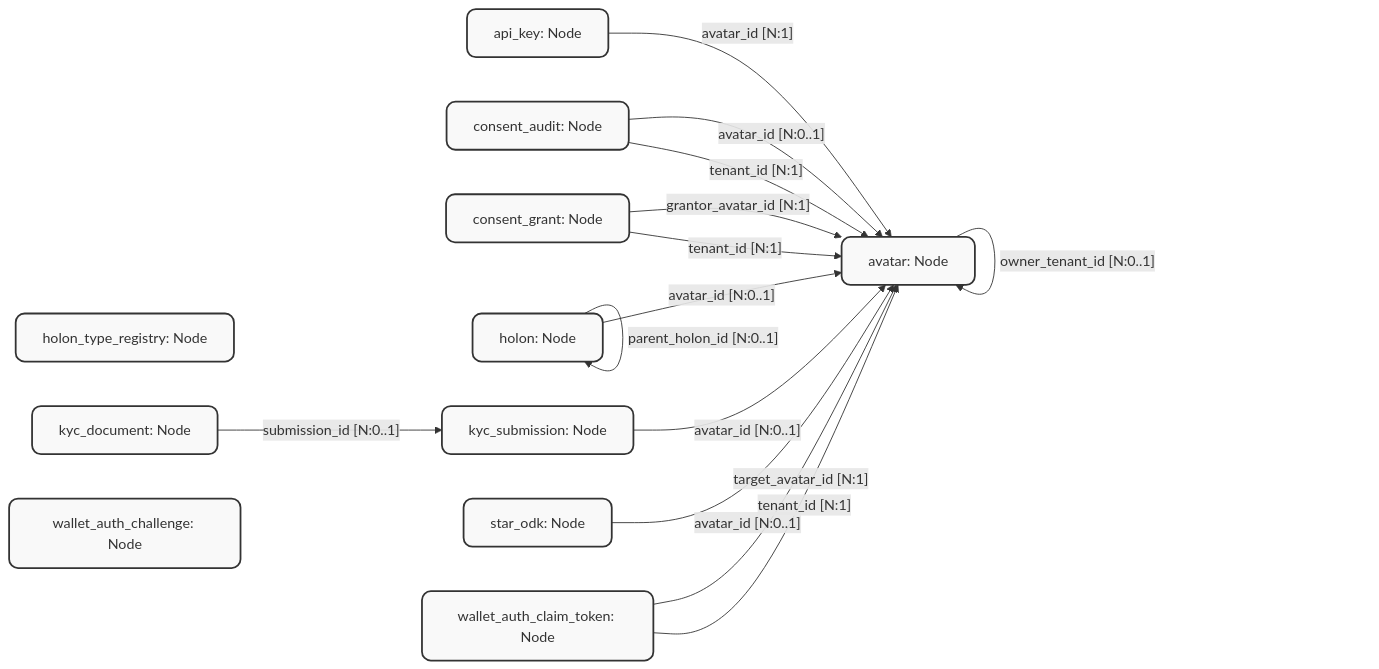
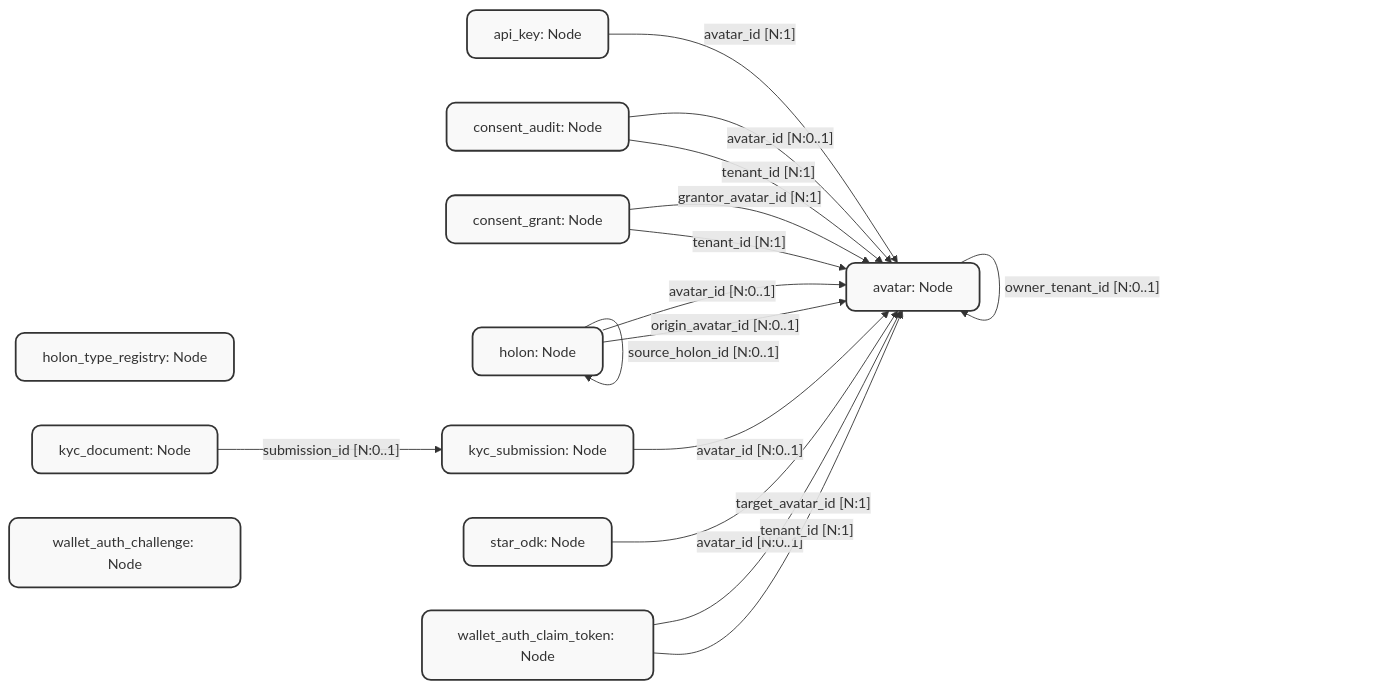
Before and after one commit to JadeZaher/azoa-autonomous-zones-of-action: the diagram in Persistence/SurrealDb/Generated/Flowcharts/identity.flowchart.mermaid, drawn with Mermaid. The commit also changed 113 other files, not shown here.

```diff
--- a/Persistence/SurrealDb/Generated/Flowcharts/identity.flowchart.mermaid
+++ b/Persistence/SurrealDb/Generated/Flowcharts/identity.flowchart.mermaid
@@ -1,34 +1,36 @@
 graph LR
     %% Slice: identity
     %% GENERATED FILE -- do not edit. Source: SurrealDB schema attribute scan.
     %% Regenerate with: dotnet run --project packages/SurrealForge.Schema -- flowcharts
 
     %% Nodes in this slice
     api_key["api_key: Node"]:::nodeClass
     avatar["avatar: Node"]:::nodeClass
     consent_audit["consent_audit: Node"]:::nodeClass
     consent_grant["consent_grant: Node"]:::nodeClass
     holon["holon: Node"]:::nodeClass
     holon_type_registry["holon_type_registry: Node"]:::nodeClass
     kyc_document["kyc_document: Node"]:::nodeClass
     kyc_submission["kyc_submission: Node"]:::nodeClass
     star_odk["star_odk: Node"]:::nodeClass
     wallet_auth_challenge["wallet_auth_challenge: Node"]:::nodeClass
     wallet_auth_claim_token["wallet_auth_claim_token: Node"]:::nodeClass
 
     %% Edges (outbound from this slice)
     api_key -- "avatar_id [N:1]" --> avatar
     avatar -- "owner_tenant_id [N:0..1]" --> avatar
     consent_audit -- "avatar_id [N:0..1]" --> avatar
     consent_audit -- "tenant_id [N:1]" --> avatar
     consent_grant -- "grantor_avatar_id [N:1]" --> avatar
     consent_grant -- "tenant_id [N:1]" --> avatar
     holon -- "avatar_id [N:0..1]" --> avatar
+    holon -- "origin_avatar_id [N:0..1]" --> avatar
     holon -- "parent_holon_id [N:0..1]" --> holon
+    holon -- "source_holon_id [N:0..1]" --> holon
     kyc_document -- "submission_id [N:0..1]" --> kyc_submission
     kyc_submission -- "avatar_id [N:0..1]" --> avatar
     star_odk -- "avatar_id [N:0..1]" --> avatar
     wallet_auth_claim_token -- "target_avatar_id [N:1]" --> avatar
     wallet_auth_claim_token -- "tenant_id [N:1]" --> avatar
 
     classDef nodeClass fill:#f9f9f9,stroke:#333,stroke-width:2px,rx:10px,ry:10px;
```
